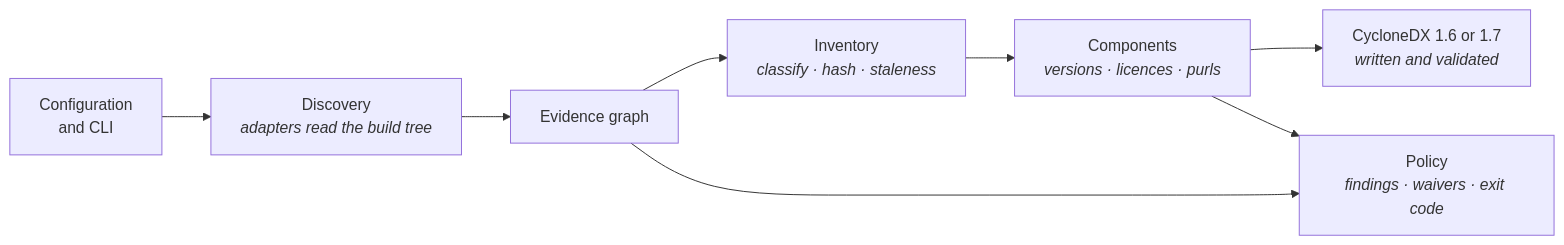
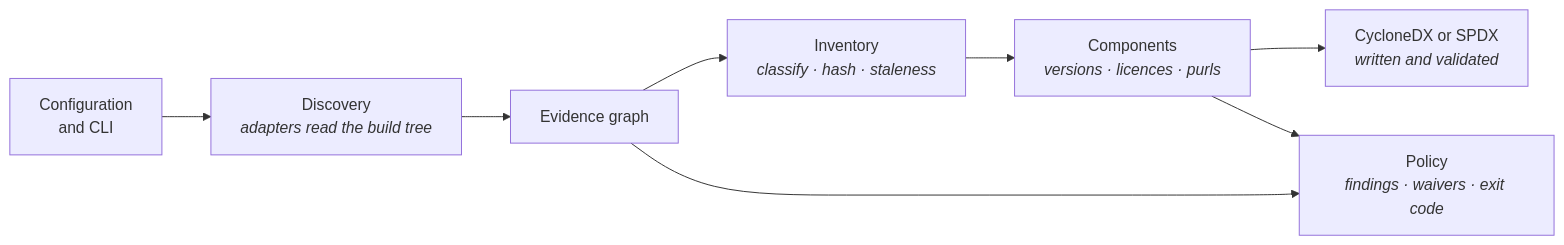
Before and after one commit to Andste82/sbomb: the third of 7 diagrams in docs/architecture.md, drawn with Mermaid. The commit also changed other lines of this file and 125 other files, not shown here.

````diff
--- a/docs/architecture.md
+++ b/docs/architecture.md
@@ -77,10 +77,10 @@
 ```mermaid
 flowchart LR
     CFG["Configuration<br/>and CLI"] --> DISC["Discovery<br/><i>adapters read the build tree</i>"]
     DISC --> GRAPH["Evidence graph"]
     GRAPH --> INV["Inventory<br/><i>classify · hash · staleness</i>"]
     INV --> COMP["Components<br/><i>versions · licences · purls</i>"]
-    COMP --> DOC["CycloneDX 1.6 or 1.7<br/><i>written and validated</i>"]
+    COMP --> DOC["CycloneDX or SPDX<br/><i>written and validated</i>"]
     GRAPH --> POL["Policy<br/><i>findings · waivers · exit code</i>"]
     COMP --> POL
 ```
````
